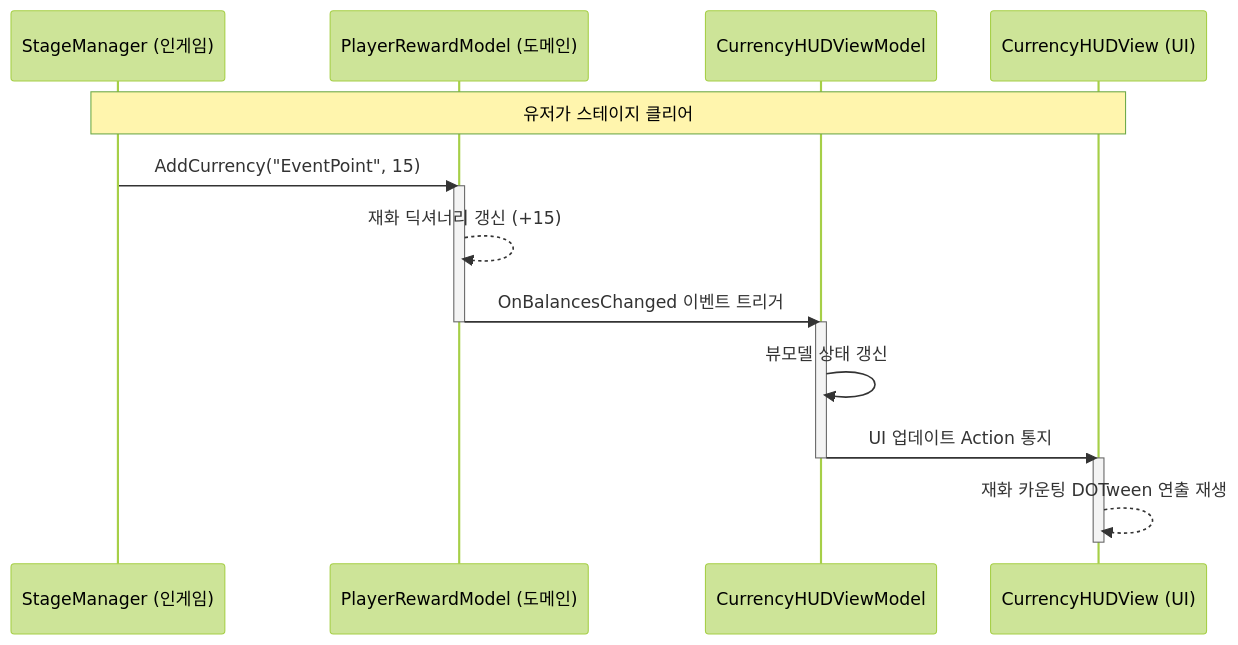
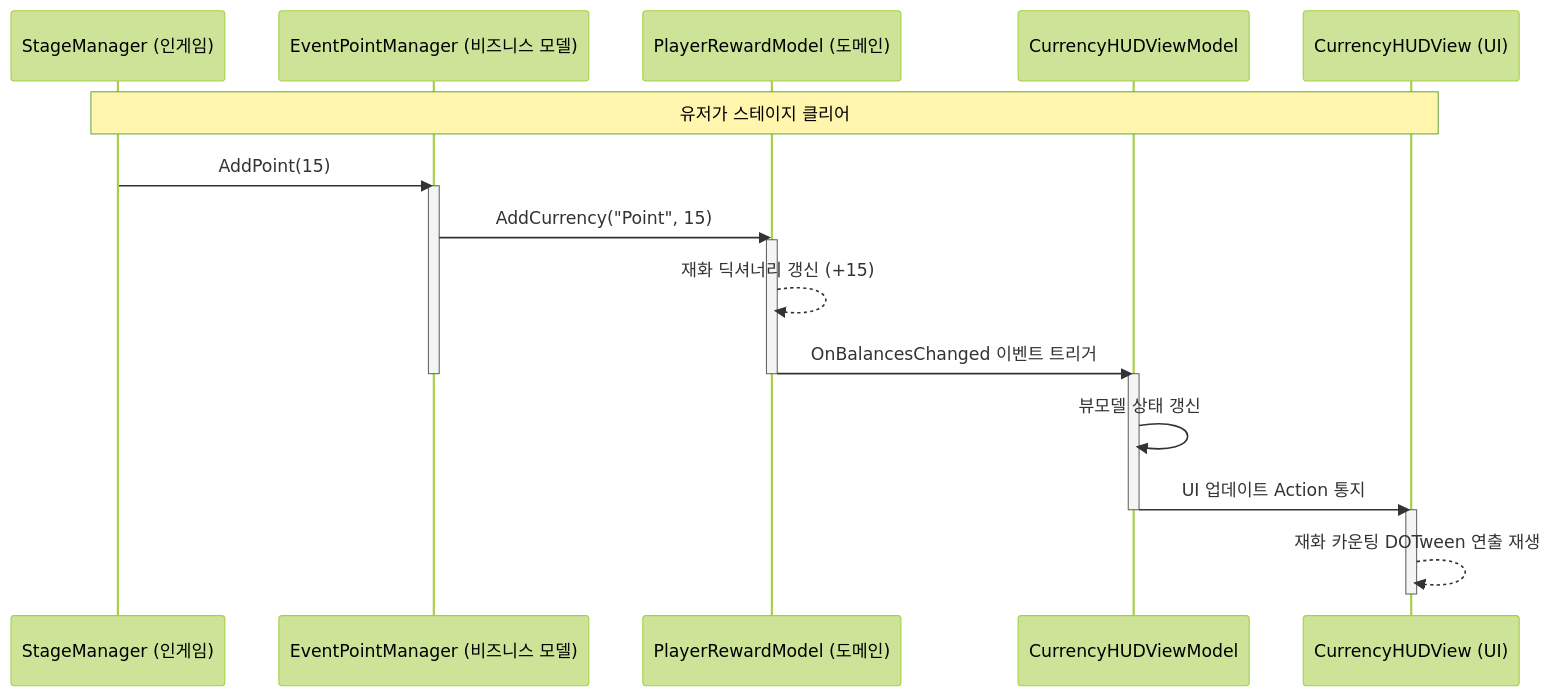
The second of 2 diagrams in README.md (frod2793/BePex_Unity_Client), drawn with Mermaid (forest theme) before and after one commit. The commit also changed other lines of this file and 4 other files, not shown here.

Commit message:
docs: VContainer 보류 명시, Firebase 시뮬레이션 문서 교정 및 EventPointManager 도입

````diff
--- a/README.md
+++ b/README.md
@@ -131,21 +131,25 @@
 ```mermaid
 sequenceDiagram
     participant SM as StageManager (인게임)
+    participant EPM as EventPointManager (비즈니스 모델)
     participant PRM as PlayerRewardModel (도메인)
     participant CHVM as CurrencyHUDViewModel
     participant CHV as CurrencyHUDView (UI)
 
     Note over SM, CHV: 유저가 스테이지 클리어
-    SM->>PRM: AddCurrency("EventPoint", 15)
+    SM->>EPM: AddPoint(15)
+    activate EPM
+    EPM->>PRM: AddCurrency("Point", 15)
     activate PRM
     PRM-->>PRM: 재화 딕셔너리 갱신 (+15)
     PRM->>CHVM: OnBalancesChanged 이벤트 트리거
     deactivate PRM
+    deactivate EPM
     activate CHVM
     CHVM->>CHVM: 뷰모델 상태 갱신
     CHVM->>CHV: UI 업데이트 Action 통지
     deactivate CHVM
     activate CHV
     CHV-->>CHV: 재화 카운팅 DOTween 연출 재생
     deactivate CHV
 ```
````
